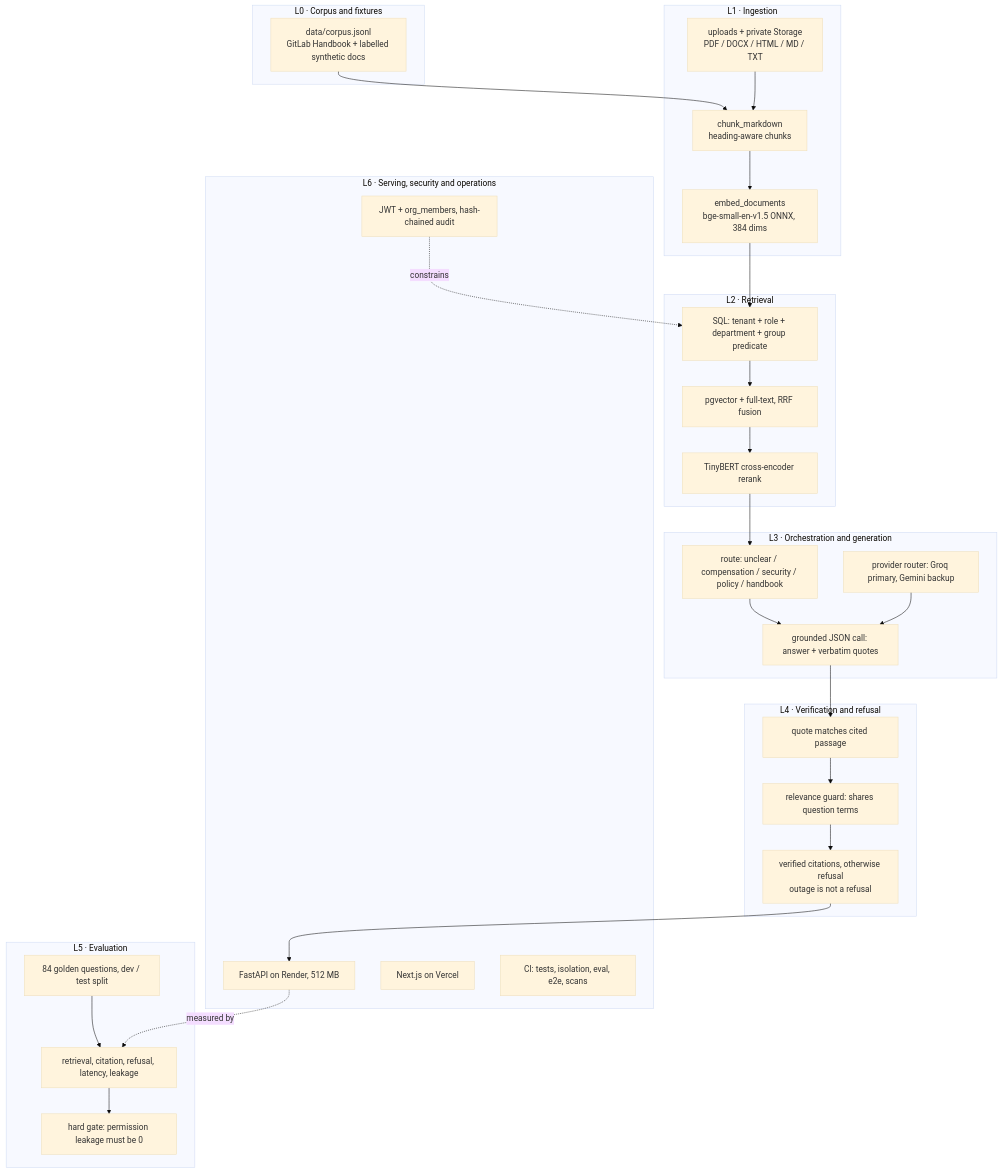
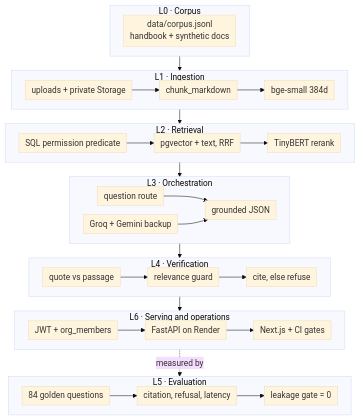
One commit to ibrahimSumon47/Enterprise-Knowledge-Copilot changed the diagram in docs/AI_ENGINEERING_LAYERS.md. Above: the diagram before and after it, drawn with Mermaid (base theme). The commit also changed other lines of this file, not shown here.

Commit message:
docs: draw each architecture layer as one horizontal row
The layer map stacked every node vertically and rendered 2627px tall on
GitHub. Each layer is now a left-to-right row with subgraph-level links and
tighter spacing, and the measurement loop is the only dotted arrow.

````diff
--- a/docs/AI_ENGINEERING_LAYERS.md
+++ b/docs/AI_ENGINEERING_LAYERS.md
@@ -14,48 +14,35 @@
 ```mermaid
+%%{init: {"flowchart": {"nodeSpacing": 18, "rankSpacing": 28, "padding": 6}}}%%
 flowchart TB
-  subgraph L0["L0 · Corpus and fixtures"]
-    C1[data/corpus.jsonl<br/>GitLab Handbook + labelled synthetic docs]
+  subgraph L0["L0 · Corpus"]
+    direction LR
+    C1["data/corpus.jsonl<br/>handbook + synthetic docs"]
   end
   subgraph L1["L1 · Ingestion"]
-    I1[chunk_markdown<br/>heading-aware chunks]
-    I2[embed_documents<br/>bge-small-en-v1.5 ONNX, 384 dims]
-    I3[uploads + private Storage<br/>PDF / DOCX / HTML / MD / TXT]
+    direction LR
+    I3["uploads + private Storage"] --> I1["chunk_markdown"] --> I2["bge-small 384d"]
   end
   subgraph L2["L2 · Retrieval"]
-    R1[SQL: tenant + role + department + group predicate]
-    R2[pgvector + full-text, RRF fusion]
-    R3[TinyBERT cross-encoder rerank]
+    direction LR
+    R1["SQL permission predicate"] --> R2["pgvector + text, RRF"] --> R3["TinyBERT rerank"]
   end
-  subgraph L3["L3 · Orchestration and generation"]
-    G1[route: unclear / compensation / security / policy / handbook]
-    G2[provider router: Groq primary, Gemini backup]
-    G3[grounded JSON call: answer + verbatim quotes]
+  subgraph L3["L3 · Orchestration"]
+    direction LR
+    G1["question route"] --> G3["grounded JSON"]
+    G2["Groq + Gemini backup"] --> G3
   end
-  subgraph L4["L4 · Verification and refusal"]
-    V1[quote matches cited passage]
-    V2[relevance guard: shares question terms]
-    V3[verified citations, otherwise refusal<br/>outage is not a refusal]
+  subgraph L4["L4 · Verification"]
+    direction LR
+    V1["quote vs passage"] --> V2["relevance guard"] --> V3["cite, else refuse"]
+  end
+  subgraph L6["L6 · Serving and operations"]
+    direction LR
+    S3["JWT + org_members"] --> S1["FastAPI on Render"] --> S2["Next.js + CI gates"]
   end
   subgraph L5["L5 · Evaluation"]
-    E1[84 golden questions, dev / test split]
-    E2[retrieval, citation, refusal, latency, leakage]
-    E3[hard gate: permission leakage must be 0]
+    direction LR
+    E1["84 golden questions"] --> E2["citation, refusal, latency"] --> E3["leakage gate = 0"]
   end
-  subgraph L6["L6 · Serving, security and operations"]
-    S1[FastAPI on Render, 512 MB]
-    S2[Next.js on Vercel]
-    S3[JWT + org_members, hash-chained audit]
-    S4[CI: tests, isolation, eval, e2e, scans]
-  end
-
-  C1 --> I1 --> I2 --> R1
-  I3 --> I1
-  R1 --> R2 --> R3 --> G1
-  G1 --> G3
-  G2 --> G3
-  G3 --> V1 --> V2 --> V3
-  V3 --> S1
-  E1 --> E2 --> E3
-  S1 -. measured by .-> E2
-  S3 -. constrains .-> R1
+  L0 --> L1 --> L2 --> L3 --> L4 --> L6
+  L6 -. measured by .-> L5
 ```
````
